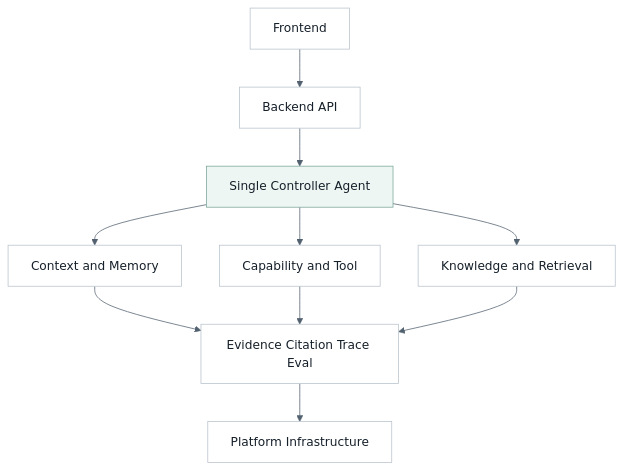
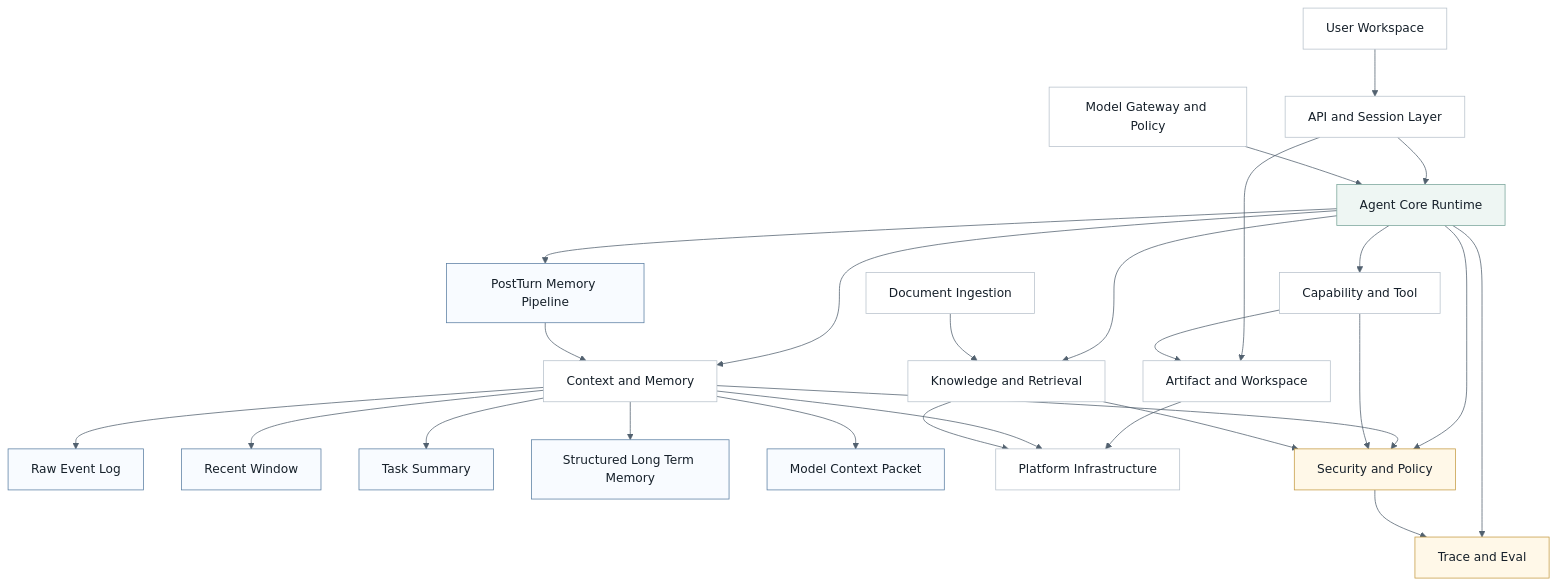
Before and after one commit to ProfessorZhi/Zuno: the first of 10 diagrams in docs/architecture.md, drawn with Mermaid. The commit also changed other lines of this file and 27 other files, not shown here.

Commit message:
docs: detail zuno architecture program

````diff
--- a/docs/architecture.md
+++ b/docs/architecture.md
@@ -36,24 +36,51 @@
 ```mermaid
 %%{init: {"theme": "base", "themeVariables": {"background": "#f7f8fb", "lineColor": "#52616f"}}}%%
 flowchart TB
   classDef node fill:#ffffff,stroke:#b8c2cc,stroke-width:1px,color:#16202a;
   classDef accent fill:#eef6f3,stroke:#7aa59a,stroke-width:1px,color:#16202a;
+  classDef guard fill:#fff8e8,stroke:#c59b43,stroke-width:1px,color:#16202a;
+  classDef mem fill:#f8fbff,stroke:#5b7fa3,stroke-width:1px,color:#16202a;
 
-  FE["Frontend"]
-  API["Backend API"]
-  AG["Single Controller Agent"]:::accent
-  MEM["Context and Memory"]
-  CAP["Capability and Tool"]
+  USER["User Workspace"]
+  API["API and Session Layer"]
+  MODEL["Model Gateway and Policy"]
+  CORE["Agent Core Runtime"]:::accent
+  MEMORY["Context and Memory"]
+  RAW["Raw Event Log"]:::mem
+  RECENT["Recent Window"]:::mem
+  SUMMARY["Task Summary"]:::mem
+  STRUCT["Structured Long Term Memory"]:::mem
+  PACK["Model Context Packet"]:::mem
+  POST["PostTurn Memory Pipeline"]:::mem
+  TOOL["Capability and Tool"]
   KNOW["Knowledge and Retrieval"]
-  GOV["Evidence Citation Trace Eval"]
-  PLAT["Platform Infrastructure"]
-  FE --> API --> AG
-  AG --> MEM
-  AG --> CAP
-  AG --> KNOW
-  MEM --> GOV
-  CAP --> GOV
-  KNOW --> GOV
-  GOV --> PLAT
-  class FE,API,MEM,CAP,KNOW,GOV,PLAT node;
+  INGEST["Document Ingestion"]
+  PLATFORM["Platform Infrastructure"]
+  SECURITY["Security and Policy"]:::guard
+  EVAL["Trace and Eval"]:::guard
+  ART["Artifact and Workspace"]
+  USER --> API --> CORE
+  MODEL --> CORE
+  CORE --> MEMORY
+  MEMORY --> RAW
+  MEMORY --> RECENT
+  MEMORY --> SUMMARY
+  MEMORY --> STRUCT
+  MEMORY --> PACK
+  CORE --> POST --> MEMORY
+  CORE --> TOOL
+  CORE --> KNOW
+  INGEST --> KNOW
+  API --> ART
+  TOOL --> ART
+  CORE --> SECURITY
+  MEMORY --> SECURITY
+  TOOL --> SECURITY
+  KNOW --> SECURITY
+  CORE --> EVAL
+  SECURITY --> EVAL
+  ART --> PLATFORM
+  MEMORY --> PLATFORM
+  KNOW --> PLATFORM
+  class USER,API,MODEL,MEMORY,TOOL,KNOW,INGEST,PLATFORM,ART node;
 ```
````
